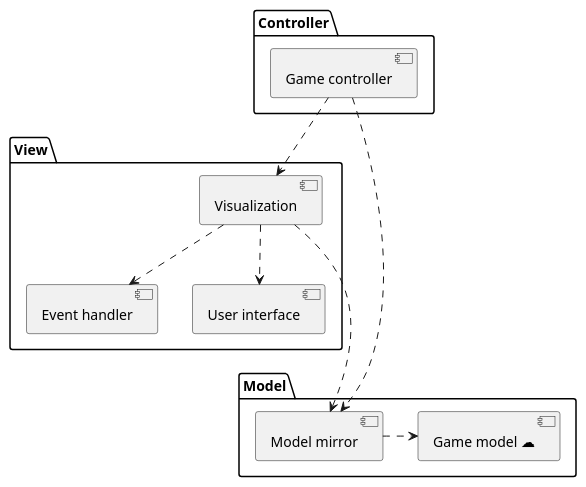
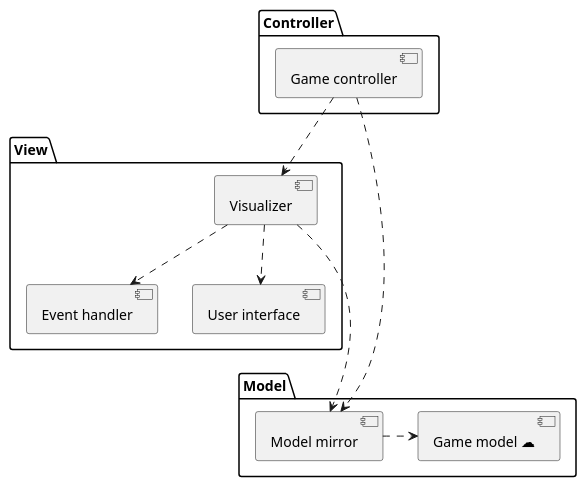
The diagram in Development/Component/ModelViewController.puml (SWA-group-1/PlantUML), drawn with PlantUML before and after one commit. The commit also changed 9 other files, not shown here.

Commit message:
Rename visualization to visualizer. #6

```diff
--- a/Development/Component/ModelViewController.puml
+++ b/Development/Component/ModelViewController.puml
@@ -1,30 +1,30 @@
 @startuml
 'https://plantuml.com/component-diagram
 
 package "Model" {
     component "Game model ☁" as model
     component "Model mirror" as mirror
 
     mirror .right.> model
 }
 
 package "View" {
     component "Event handler" as event
-    component "Visualization" as visualization
+    component "Visualizer" as visualizer
     component "User interface" as ui
 
-    visualization .down.> event
-    visualization .down.> ui
+    visualizer .down.> event
+    visualizer .down.> ui
 }
 
 package "Controller" {
     component "Game controller" as controller
 }
 
-controller .down.> visualization
+controller .down.> visualizer
 controller .down.> mirror
-visualization .down.> mirror
+visualizer .down.> mirror
 event -[hidden]right- mirror
 ui -[hidden]- mirror
 
 @enduml
```
